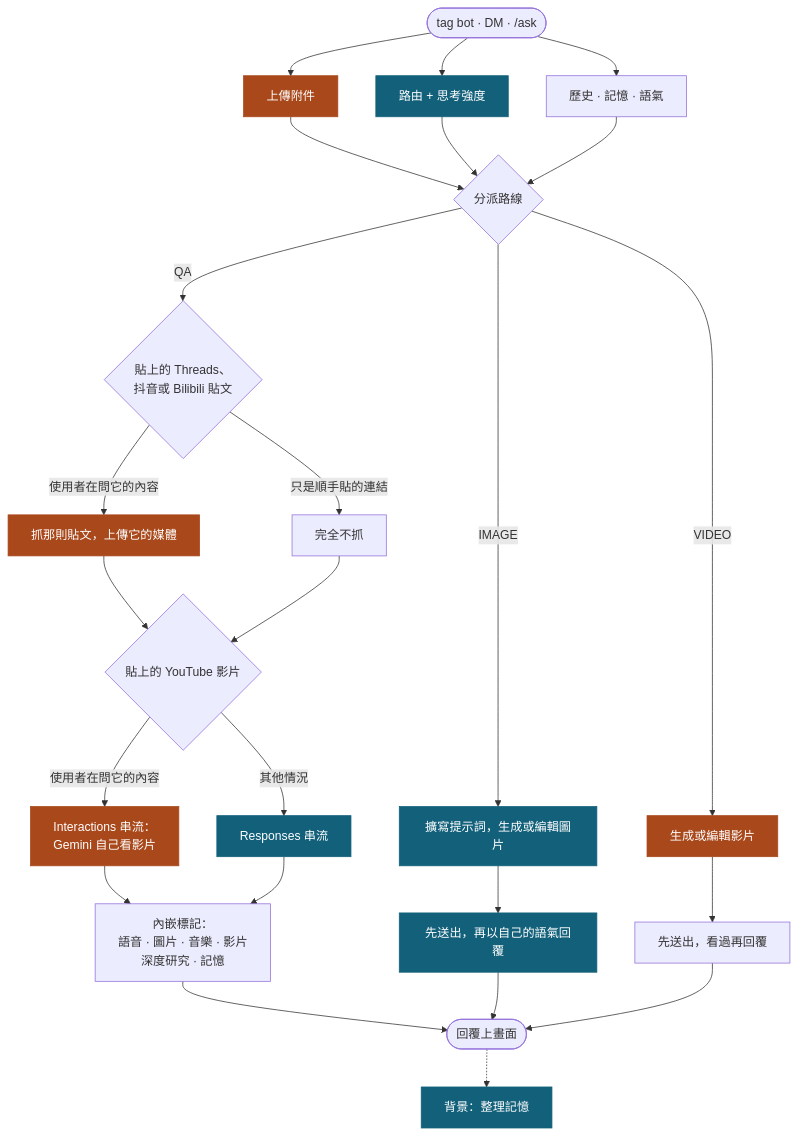
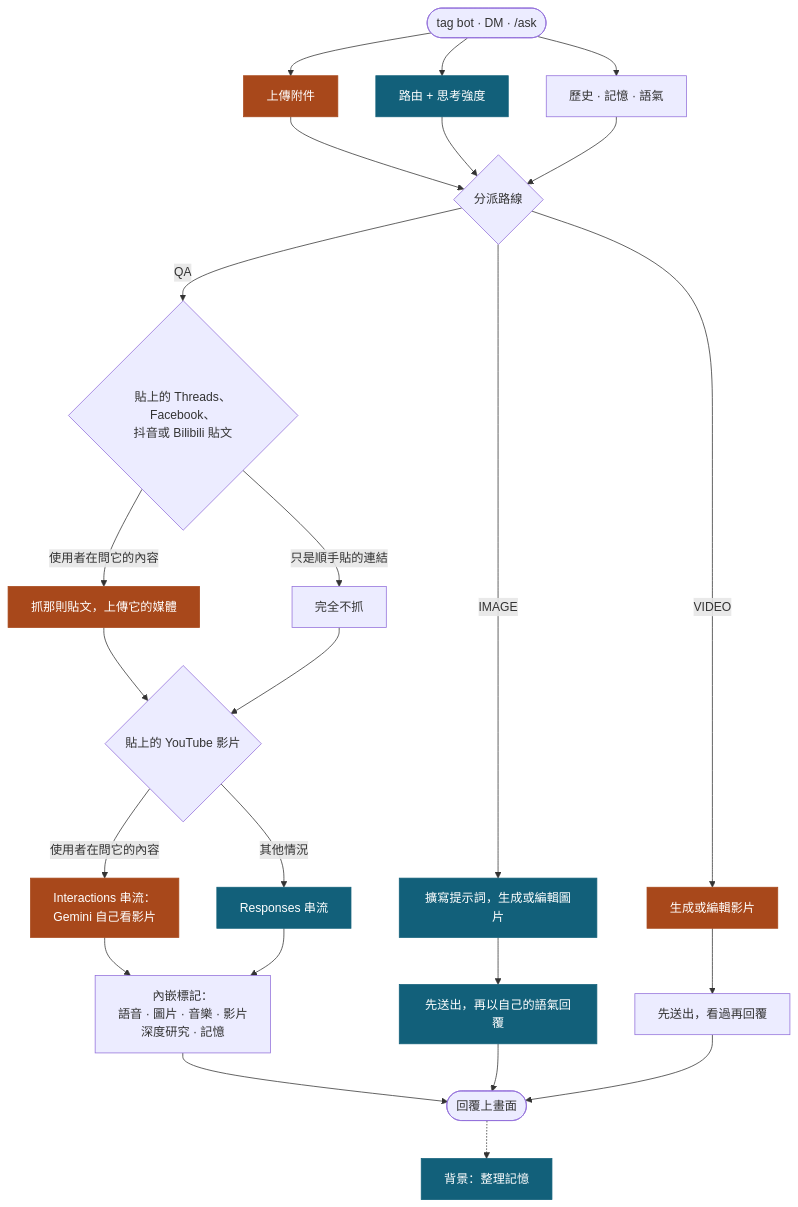
Before and after one commit to Mai0313/discordbot: the diagram in README.zh-TW.md, drawn with Mermaid. The commit also changed other lines of this file and 4 other files, not shown here.

````diff
--- a/README.zh-TW.md
+++ b/README.zh-TW.md
@@ -43,33 +43,33 @@
 ```mermaid
 flowchart TD
     U(["tag bot · DM · /ask"]) --> UP & RT & CX
 
     UP["上傳附件"]
     RT["路由 + 思考強度"]
     CX["歷史 · 記憶 · 語氣"]
 
     UP & RT & CX --> R{"分派路線"}
 
-    R -->|QA| L{"貼上的 Threads、<br/>抖音或 Bilibili 貼文"}
+    R -->|QA| L{"貼上的 Threads、Facebook、<br/>抖音或 Bilibili 貼文"}
     L -->|"使用者在問它的內容"| LF["抓那則貼文，上傳它的媒體"]
     L -->|"只是順手貼的連結"| LS["完全不抓"]
     LF & LS --> Y{"貼上的 YouTube 影片"}
     Y -->|"使用者在問它的內容"| YT["Interactions 串流：<br/>Gemini 自己看影片"]
     Y -->|"其他情況"| QS["Responses 串流"]
     YT & QS --> Q2["內嵌標記：<br/>語音 · 圖片 · 音樂 · 影片<br/>深度研究 · 記憶"]
 
     R -->|IMAGE| I1["擴寫提示詞，生成或編輯圖片"]
     I1 --> I2["先送出，再以自己的語氣回覆"]
     R -->|VIDEO| V1["生成或編輯影片"]
     V1 --> V2["先送出，看過再回覆"]
 
     Q2 --> OUT(["回覆上畫面"])
     I2 --> OUT
     V2 --> OUT
     OUT -.-> MM["背景：整理記憶"]
 
     classDef proxy fill:#12607a,stroke:#12607a,color:#ffffff
     classDef direct fill:#a8481b,stroke:#a8481b,color:#ffffff
     class RT,QS,I1,I2,MM proxy
     class UP,LF,YT,V1 direct
 ```
````
